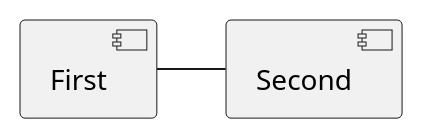
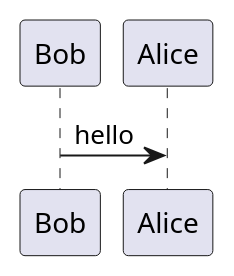
One commit to dev-hanzo/peter-hanzo.github.io changed the first of 2 diagrams in _posts/2022-09-30-эталон.md. Above: the diagram before and after it, drawn with PlantUML. The commit also changed other lines of this file and 2 other files, not shown here.

```diff
--- a/_posts/2022-09-30-эталон.md
+++ b/_posts/2022-09-30-эталон.md
@@ -33,5 +32,3 @@
-{% plantuml %}
 @startuml
-[First] - [Second]
+Bob -> Alice : hello
 @enduml
-{% endplantuml %}
```
